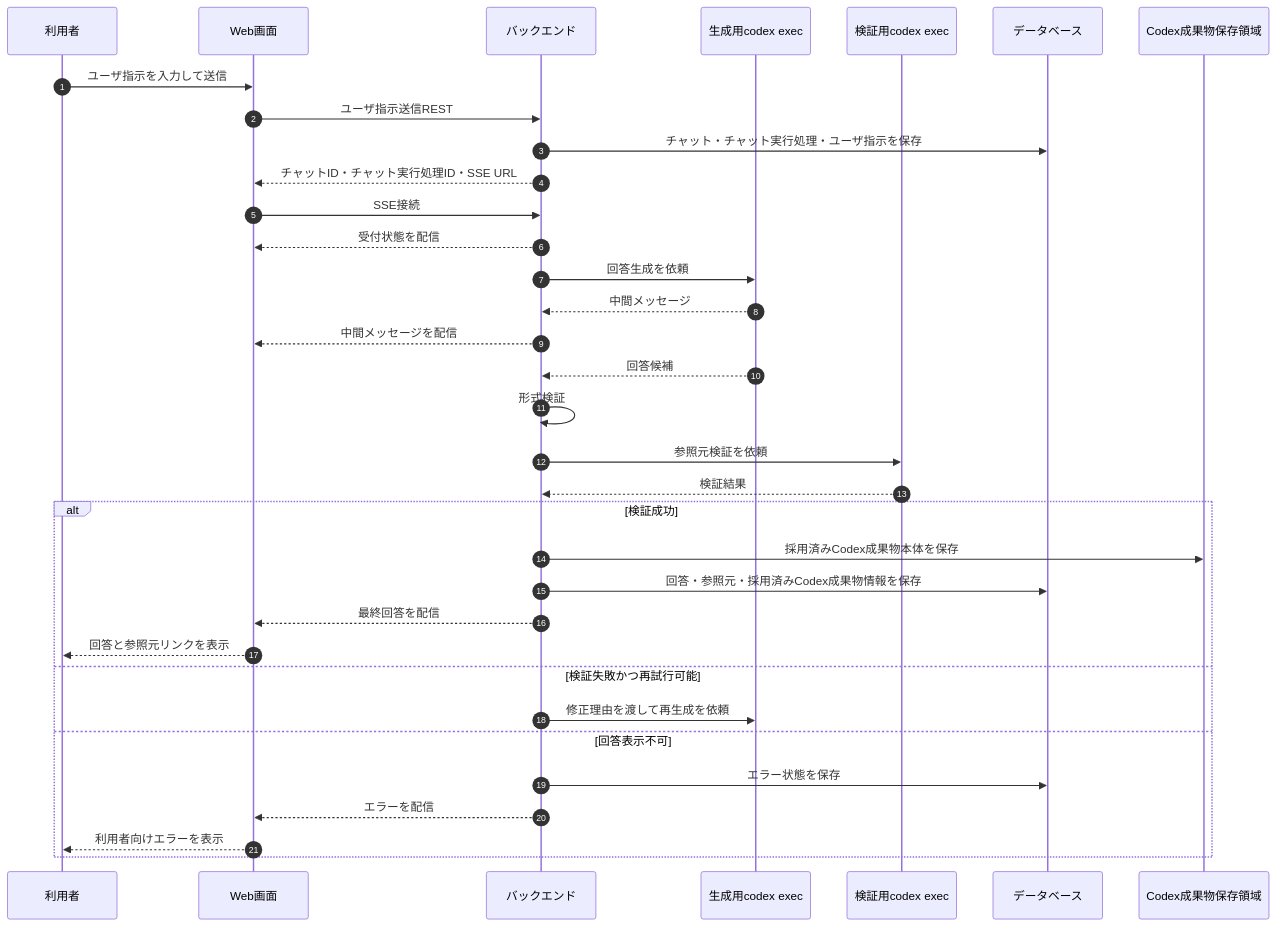
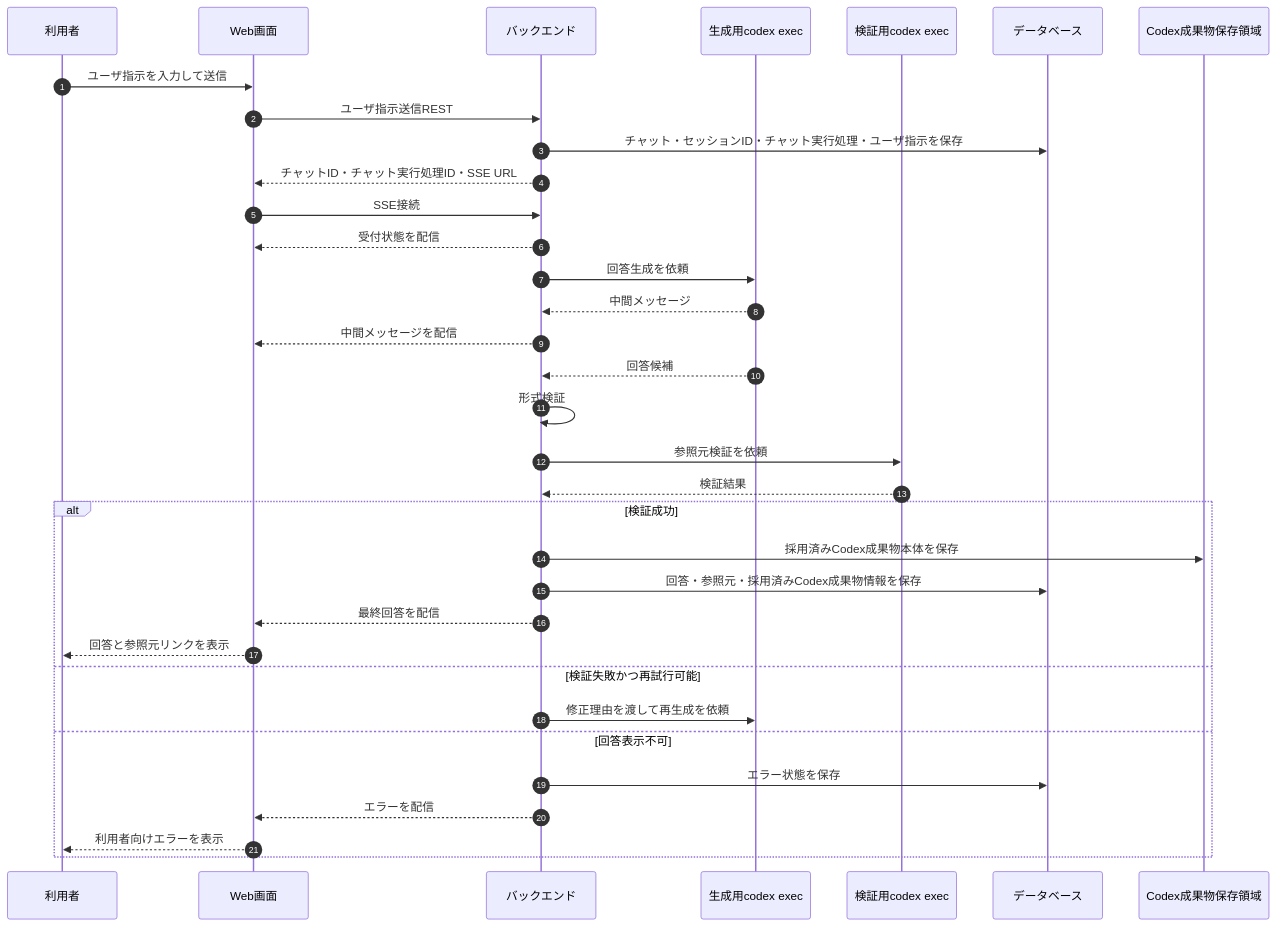
The diagram in docs/02_外部設計/02_業務設計/チャット実行処理フロー.md (mincsys/D-Concierge), drawn with Mermaid before and after one commit. The commit also changed other lines of this file and 6 other files, not shown here.

````diff
--- a/docs/02_外部設計/02_業務設計/チャット実行処理フロー.md
+++ b/docs/02_外部設計/02_業務設計/チャット実行処理フロー.md
@@ -23,37 +25,37 @@
 ```mermaid
 sequenceDiagram
     autonumber
     participant U as 利用者
     participant F as Web画面
     participant B as バックエンド
     participant G as 生成用codex exec
     participant V as 検証用codex exec
     participant D as データベース
     participant A as Codex成果物保存領域
 
     U->>F: ユーザ指示を入力して送信
     F->>B: ユーザ指示送信REST
-    B->>D: チャット・チャット実行処理・ユーザ指示を保存
+    B->>D: チャット・セッションID・チャット実行処理・ユーザ指示を保存
     B-->>F: チャットID・チャット実行処理ID・SSE URL
     F->>B: SSE接続
     B-->>F: 受付状態を配信
     B->>G: 回答生成を依頼
     G-->>B: 中間メッセージ
     B-->>F: 中間メッセージを配信
     G-->>B: 回答候補
     B->>B: 形式検証
     B->>V: 参照元検証を依頼
     V-->>B: 検証結果
     alt 検証成功
         B->>A: 採用済みCodex成果物本体を保存
         B->>D: 回答・参照元・採用済みCodex成果物情報を保存
         B-->>F: 最終回答を配信
         F-->>U: 回答と参照元リンクを表示
     else 検証失敗かつ再試行可能
         B->>G: 修正理由を渡して再生成を依頼
     else 回答表示不可
         B->>D: エラー状態を保存
         B-->>F: エラーを配信
         F-->>U: 利用者向けエラーを表示
     end
 ```
````
